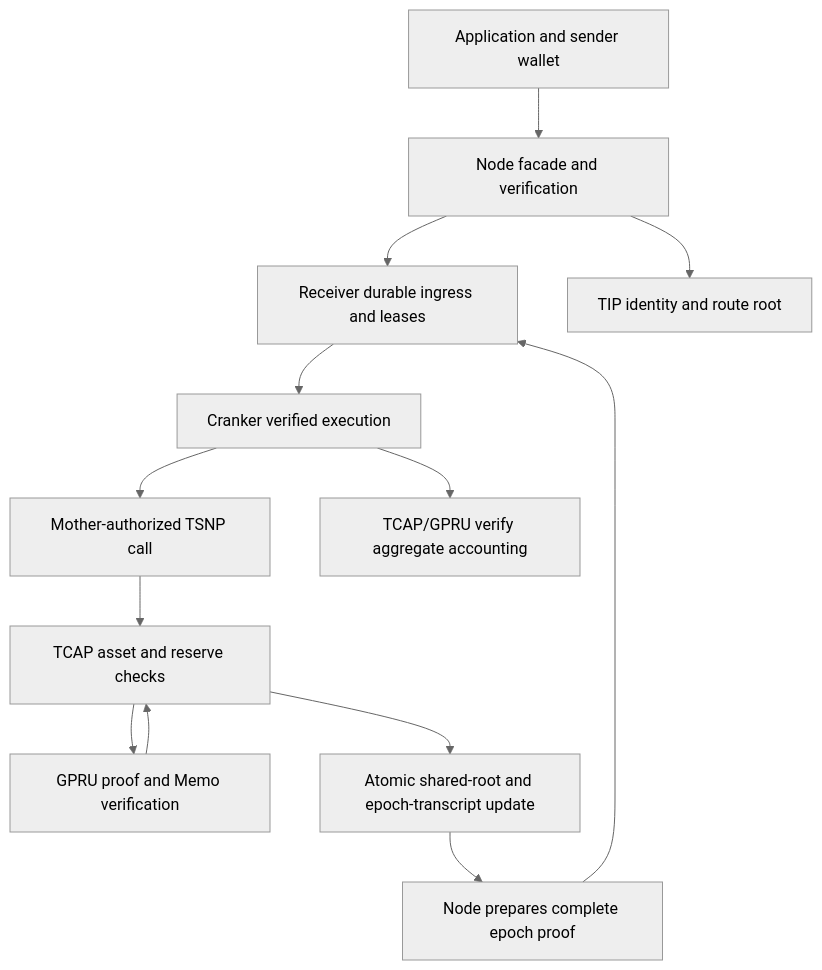
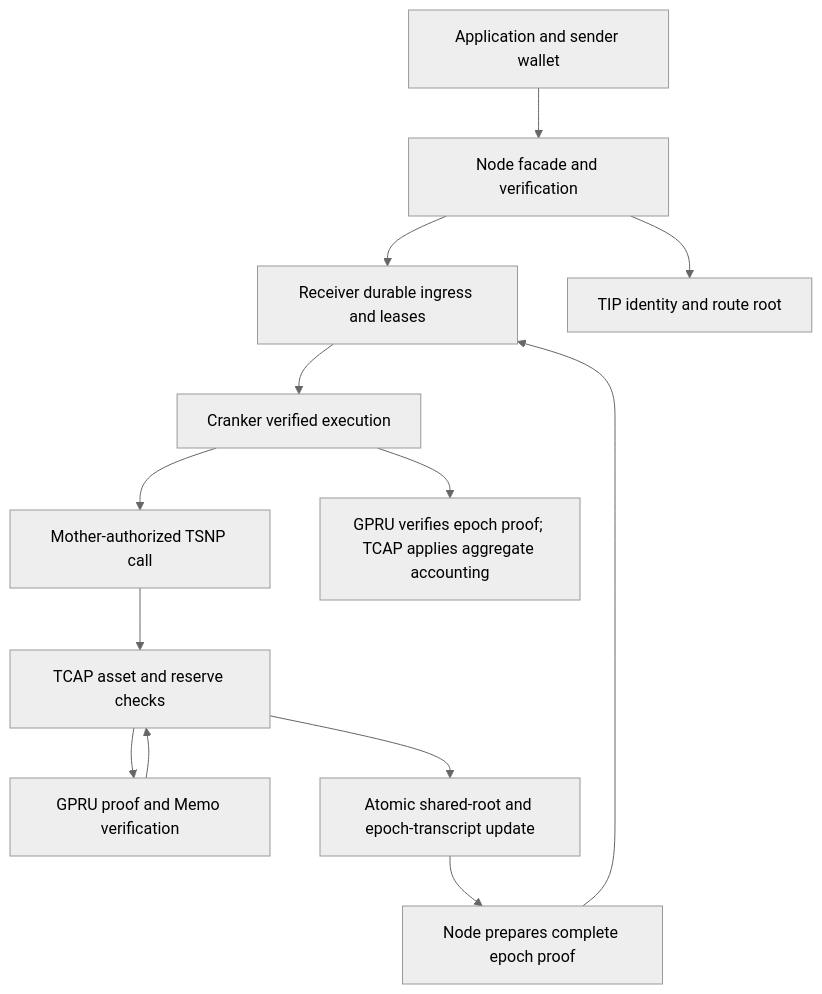
The diagram in tsn-docs/overview/architecture.mdx (Trustlink-Labs/TSN-Protocol), drawn with Mermaid (neutral theme) before and after one commit. The commit also changed other lines of this file and 1063 other files, not shown here.

````diff
--- a/tsn-docs/overview/architecture.mdx
+++ b/tsn-docs/overview/architecture.mdx
@@ -10,15 +10,15 @@
 ```mermaid
 flowchart TD
     W[Application and sender wallet] --> N[Node facade and verification]
     N --> R[Receiver durable ingress and leases]
     N --> I[TIP identity and route root]
     R --> K[Cranker verified execution]
     K --> S[Mother-authorized TSNP call]
     S --> C[TCAP asset and reserve checks]
     C --> G[GPRU proof and Memo verification]
     G --> C
     C --> L[Atomic shared-root and epoch-transcript update]
     L --> E[Node prepares complete epoch proof]
     E --> R
-    K --> Q[TCAP/GPRU verify aggregate accounting]
+    K --> Q[GPRU verifies epoch proof; TCAP applies aggregate accounting]
 ```
````
